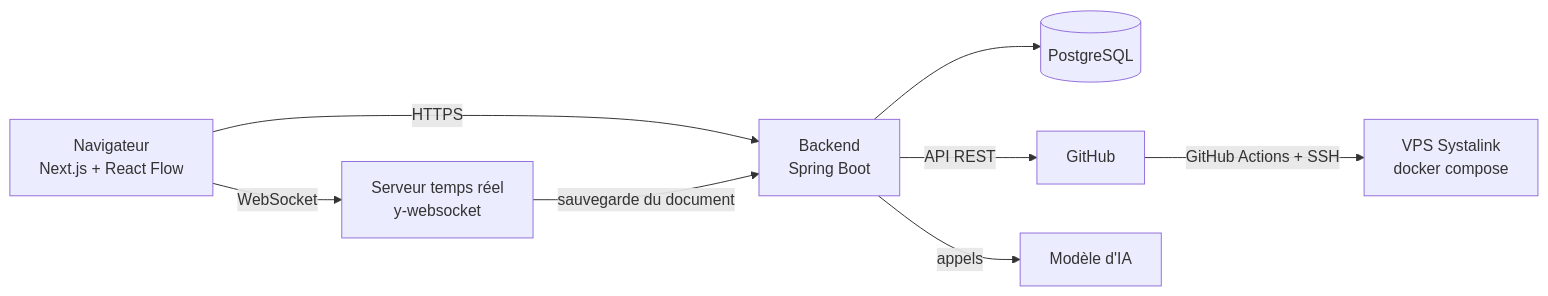
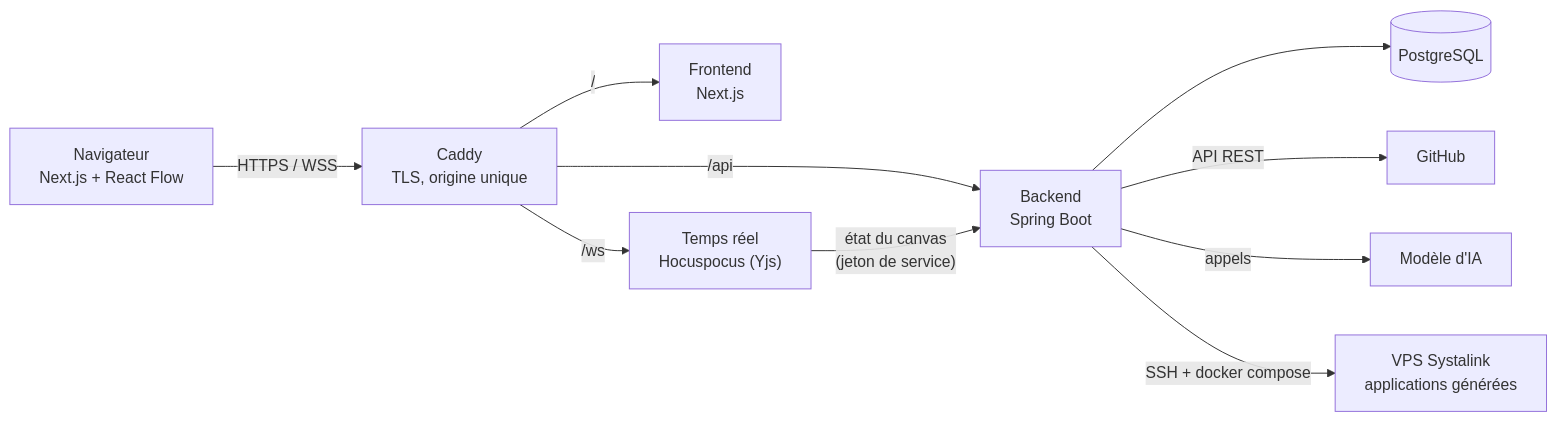
One commit to Pouye15/Lonkoo changed the diagram in docs/architecture.md. Above: the diagram before and after it, drawn with Mermaid. The commit also changed other lines of this file and 17 other files, not shown here.

First line of the commit message:
feat: décisions d'architecture, contrat du canvas, déploiement, devcontainer, backlog

````diff
--- a/docs/architecture.md
+++ b/docs/architecture.md
@@ -7,10 +7,12 @@
 ```mermaid
 flowchart LR
-  U["Navigateur<br/>Next.js + React Flow"] -- WebSocket --> R["Serveur temps réel<br/>y-websocket"]
-  U -- HTTPS --> B["Backend<br/>Spring Boot"]
-  R -- "sauvegarde du document" --> B
+  U["Navigateur<br/>Next.js + React Flow"] -- "HTTPS / WSS" --> P["Caddy<br/>TLS, origine unique"]
+  P -- "/" --> F["Frontend<br/>Next.js"]
+  P -- "/api" --> B["Backend<br/>Spring Boot"]
+  P -- "/ws" --> R["Temps réel<br/>Hocuspocus (Yjs)"]
+  R -- "état du canvas<br/>(jeton de service)" --> B
   B --> DB[("PostgreSQL")]
   B -- "API REST" --> GH["GitHub"]
   B -- "appels" --> IA["Modèle d'IA"]
-  GH -- "GitHub Actions + SSH" --> S["VPS Systalink<br/>docker compose"]
+  B -- "SSH + docker compose" --> S["VPS Systalink<br/>applications générées"]
 ```
````
